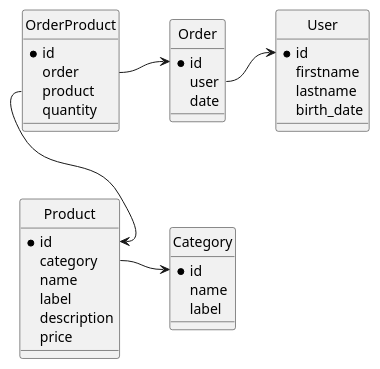
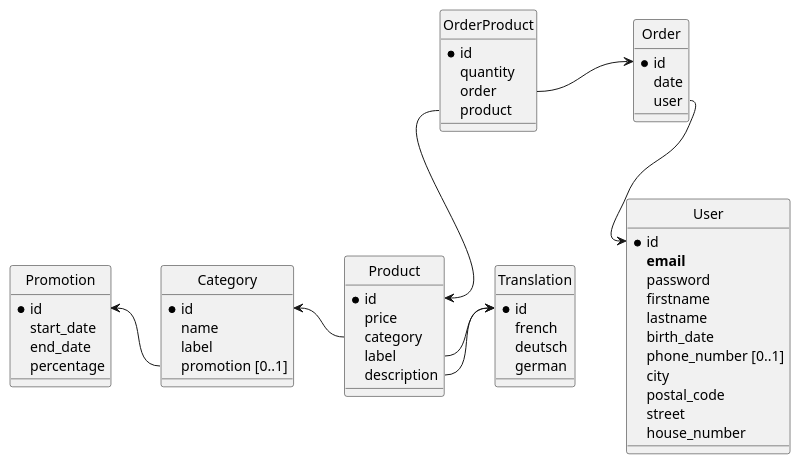
Before and after one commit to ThibBer/SportProducts: the diagram in schema/logic.puml, drawn with PlantUML. The commit also changed 1 other file, not shown here.

Commit message:
Update schemas

```diff
--- a/schema/logic.puml
+++ b/schema/logic.puml
@@ -1,44 +1,69 @@
 @startuml
 hide circle
 
-
 entity User {
     * id
+    **email**
+    password
     firstname
     lastname
     birth_date
+    phone_number [0..1]
+    city
+    postal_code
+    street
+    house_number
 }
 
 entity Category {
     * id
     name
     label
+    promotion [0..1]
 }
 
 entity Product  {
     * id
+    price
     category
-    name
     label
     description
-    price
 }
 
 entity Order {
     *id
+    date
     user
-    date
 }
 
 entity OrderProduct {
     *id
+    quantity
     order
     product
-    quantity
 }
 
-Order::user -right-> User::id
+entity Translation {
+    * id
+    french
+    deutsch
+    german
+}
+
+entity Promotion {
+    *id
+    start_date
+    end_date
+    percentage
+}
+
+Order::user --> User::id
 Order::id <-left- OrderProduct::order
-Product::category -right-> Category::id
+Product::category -left-> Category::id
 OrderProduct::product --> Product::id
+Category::promotion -left-> Promotion::id
+
+Product::label -right--> Translation::id
+Product::description -right-> Translation::id
+
 @enduml
```
